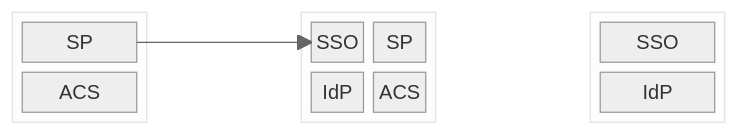
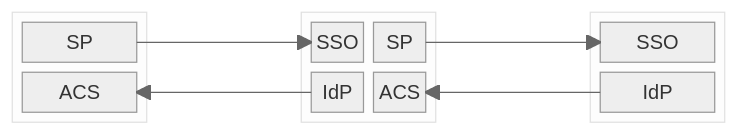
Before and after one commit to mikehadlow/samlproxy: the first of 2 diagrams in README.md, drawn with Mermaid (neutral theme).

Commit message:
block spacing

````diff
--- a/README.md
+++ b/README.md
@@ -6,30 +6,33 @@
 ```mermaid
 block-beta
 columns 5
 
     block
     columns 1
       a1["SP"]
       a2["ACS"]
     end
 
     space:1
 
     block
     columns 2
       b1["SSO"]
       b2["SP"]
       b3["IdP"]
       b4["ACS"]
     end
 
     space:1
 
     block
     columns 1
       c1["SSO"]
       c2{"IdP"]
     end
 
     a1-->b1
+    b2-->c1
+    c2-->b4
+    b3-->a2
 ```
````
